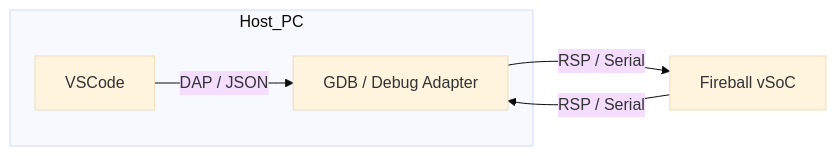
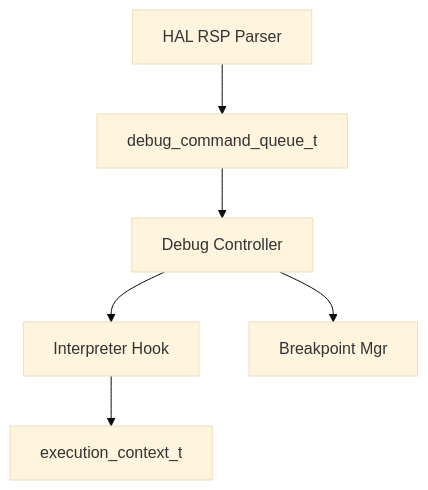
One commit to kmt-t/fireball changed the first of 3 diagrams in docs/orders/components/debugger.md. Above: the diagram before and after it, drawn with Mermaid (base theme). The commit also changed other lines of this file and 27 other files, not shown here.

````diff
--- a/docs/orders/components/debugger.md
+++ b/docs/orders/components/debugger.md
@@ -30,9 +13,8 @@
 ```mermaid
-graph LR
-    subgraph Host_PC
-        VSCode[VSCode] -- DAP / JSON --> Adapter[GDB / Debug Adapter]
-    end
-    
-    Adapter -- RSP / Serial --> Fireball[Fireball vSoC]
-    Fireball -- RSP / Serial --> Adapter
+graph TD
+    HAL[HAL RSP Parser] --> Queue[debug_command_queue_t]
+    Queue --> Ctrl[Debug Controller]
+    Ctrl --> Interp[Interpreter Hook]
+    Ctrl --> BP[Breakpoint Mgr]
+    Interp --> vSoC[execution_context_t]
 ```
````
